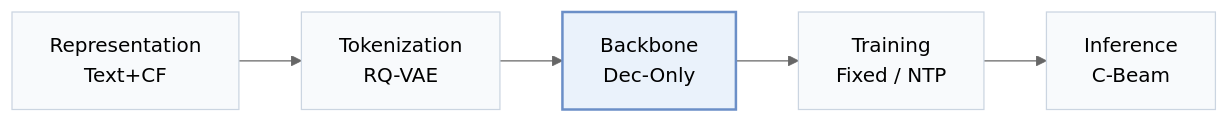
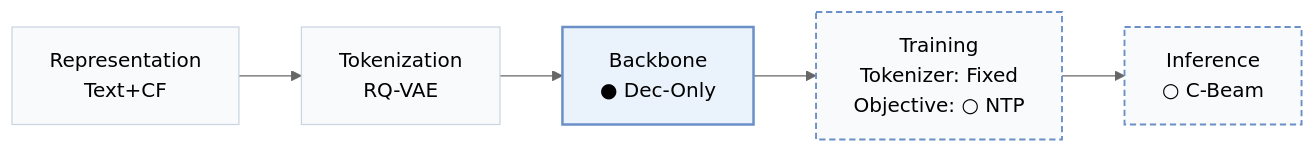
The first of 2 diagrams in pages/papers/latte.md (Galaxy-ghost/Awesome-SID-Generative-Rec), drawn with Mermaid (neutral theme) before and after one commit. The commit also changed other lines of this file and 558 other files, not shown here.

````diff
--- a/pages/papers/latte.md
+++ b/pages/papers/latte.md
@@ -15,8 +18,10 @@
 ```mermaid
 flowchart LR
-    R["Representation<br/>Text+CF"] --> T["Tokenization<br/>RQ-VAE"] --> B["Backbone<br/>Dec-Only"] --> TR["Training<br/>Fixed / NTP"] --> I["Inference<br/>C-Beam"]
+    R["Representation<br/>Text+CF"] --> T["Tokenization<br/>RQ-VAE"] --> B["Backbone<br/>● Dec-Only"] --> TR["Training<br/>Tokenizer: Fixed<br/>Objective: ○ NTP"] --> I["Inference<br/>○ C-Beam"]
     classDef base fill:#f8fafc,stroke:#cbd5e1
     class R,T,B,TR,I base
+    classDef other fill:#f8fafc,stroke:#6b8fc7,stroke-width:1.5px,stroke-dasharray:5 3
+    class TR,I other
     classDef main fill:#eaf2fb,stroke:#6b8fc7,stroke-width:2px
     class B main
 ```
````
